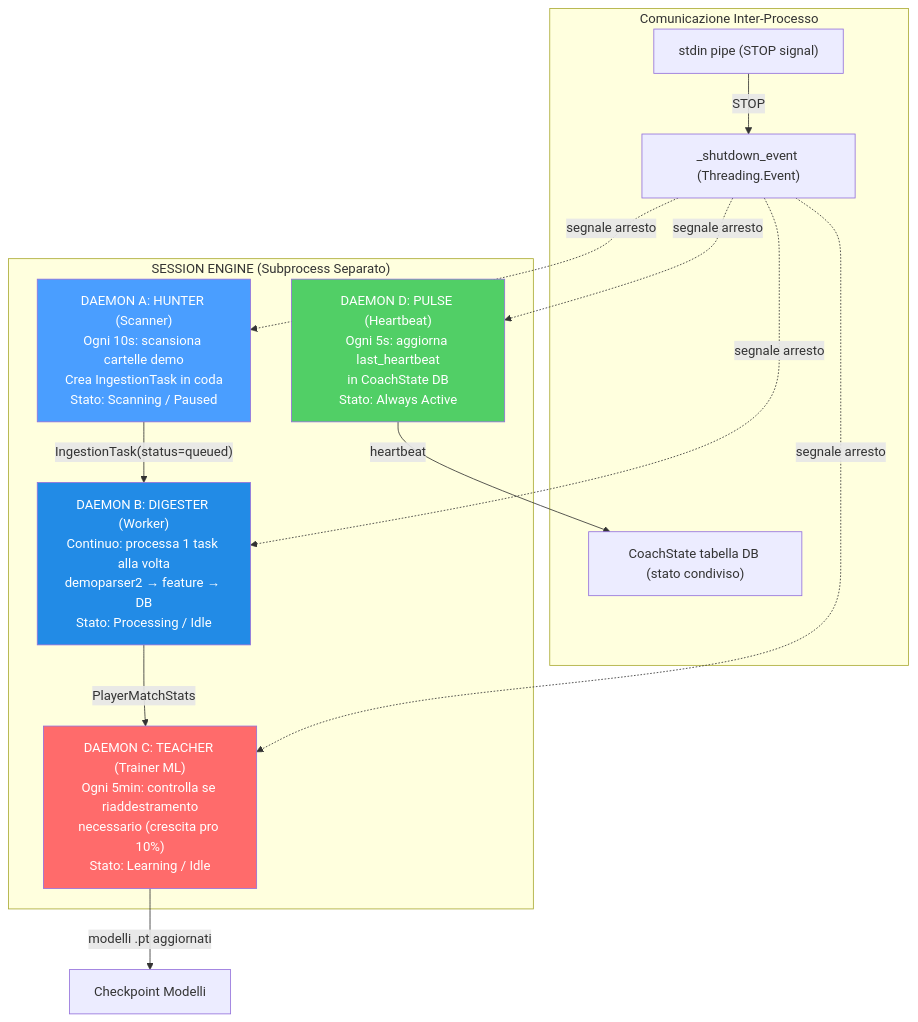
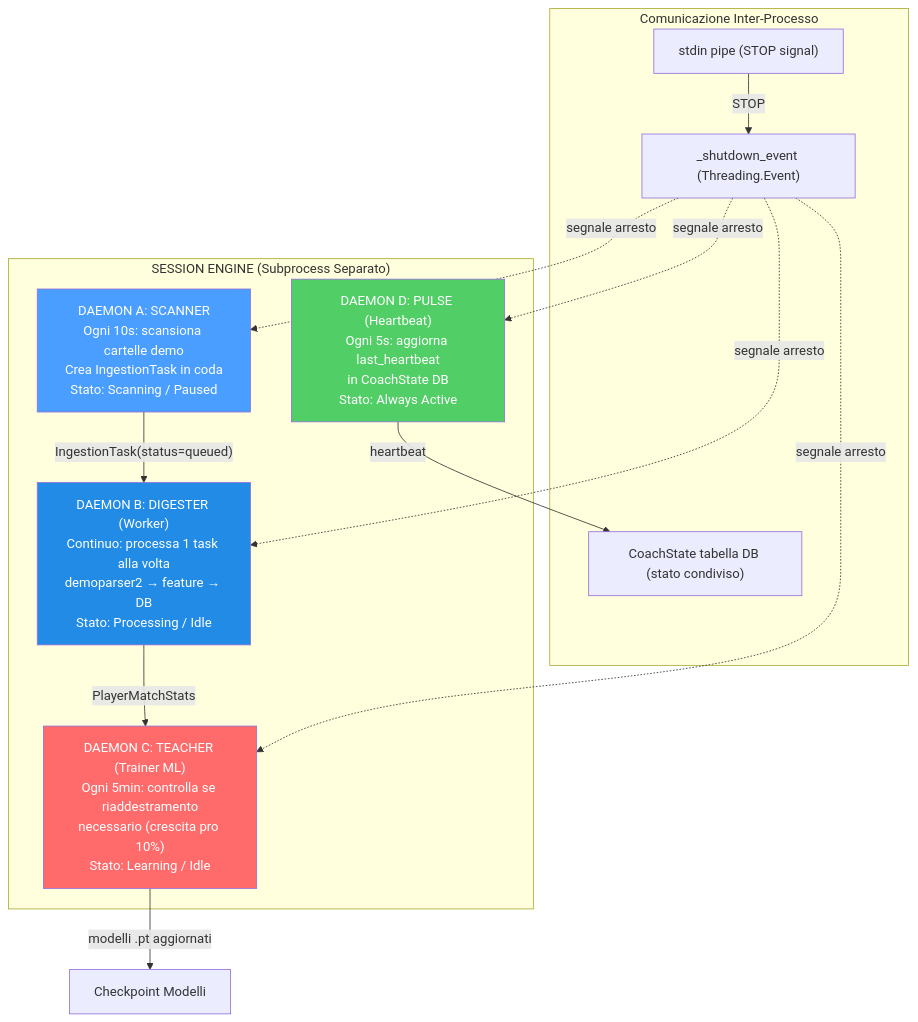
Diagram 13 of 55 in docs/books/Book-Coach-3.md (renanaugustomacena-ux/Counter-Strike-coach-AI), drawn with Mermaid before and after one commit. The commit also changed other lines of this file, not shown here.

````diff
--- a/docs/books/Book-Coach-3.md
+++ b/docs/books/Book-Coach-3.md
@@ -775,27 +789,27 @@
 ```mermaid
 flowchart TB
     subgraph SE["SESSION ENGINE (Subprocess Separato)"]
-        HUNTER["DAEMON A: HUNTER (Scanner)<br/>Ogni 10s: scansiona cartelle demo<br/>Crea IngestionTask in coda<br/>Stato: Scanning / Paused"]
+        SCANNER["DAEMON A: SCANNER<br/>Ogni 10s: scansiona cartelle demo<br/>Crea IngestionTask in coda<br/>Stato: Scanning / Paused"]
         DIGESTER["DAEMON B: DIGESTER (Worker)<br/>Continuo: processa 1 task alla volta<br/>demoparser2 → feature → DB<br/>Stato: Processing / Idle"]
         TEACHER["DAEMON C: TEACHER (Trainer ML)<br/>Ogni 5min: controlla se riaddestramento<br/>necessario (crescita pro 10%)<br/>Stato: Learning / Idle"]
         PULSE["DAEMON D: PULSE (Heartbeat)<br/>Ogni 5s: aggiorna last_heartbeat<br/>in CoachState DB<br/>Stato: Always Active"]
     end
     subgraph IPC["Comunicazione Inter-Processo"]
         STDIN["stdin pipe (STOP signal)"]
         EVENT["_shutdown_event (Threading.Event)"]
         DB_STATE["CoachState tabella DB (stato condiviso)"]
     end
-    HUNTER -->|"IngestionTask(status=queued)"| DIGESTER
+    SCANNER -->|"IngestionTask(status=queued)"| DIGESTER
     DIGESTER -->|"PlayerMatchStats"| TEACHER
     TEACHER -->|"modelli .pt aggiornati"| MODELS["Checkpoint Modelli"]
     PULSE -->|"heartbeat"| DB_STATE
     STDIN -->|"STOP"| EVENT
-    EVENT -.->|"segnale arresto"| HUNTER
+    EVENT -.->|"segnale arresto"| SCANNER
     EVENT -.->|"segnale arresto"| DIGESTER
     EVENT -.->|"segnale arresto"| TEACHER
     EVENT -.->|"segnale arresto"| PULSE
-    style HUNTER fill:#4a9eff,color:#fff
+    style SCANNER fill:#4a9eff,color:#fff
     style DIGESTER fill:#228be6,color:#fff
     style TEACHER fill:#ff6b6b,color:#fff
     style PULSE fill:#51cf66,color:#fff
 ```
````
